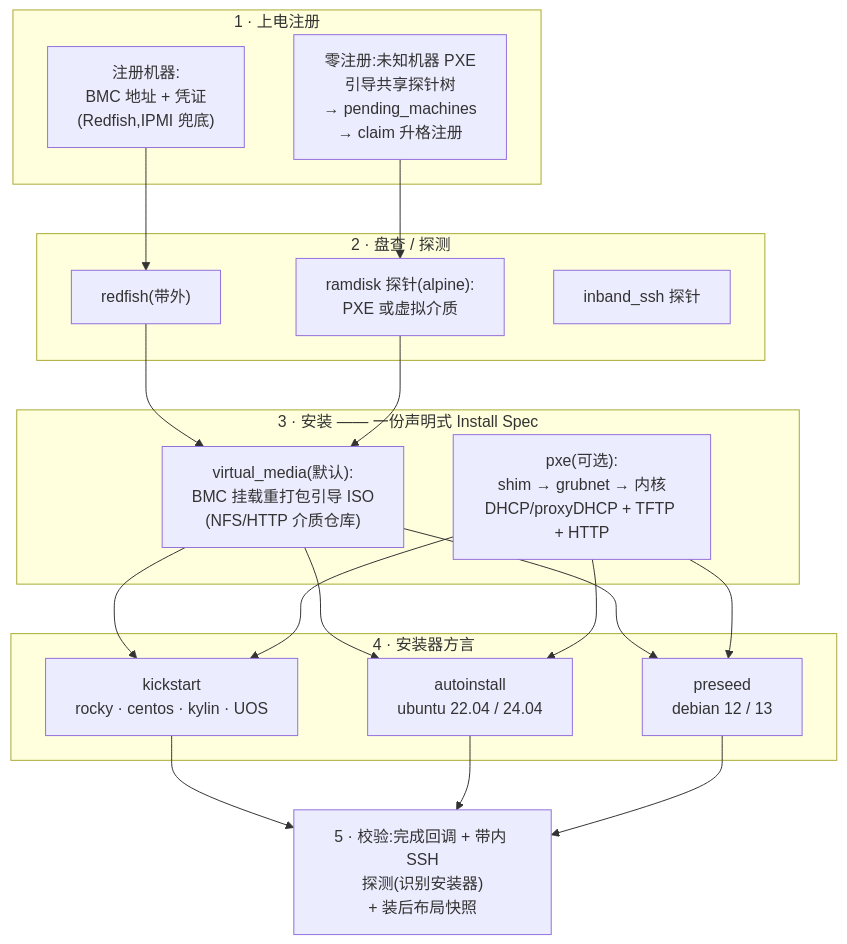
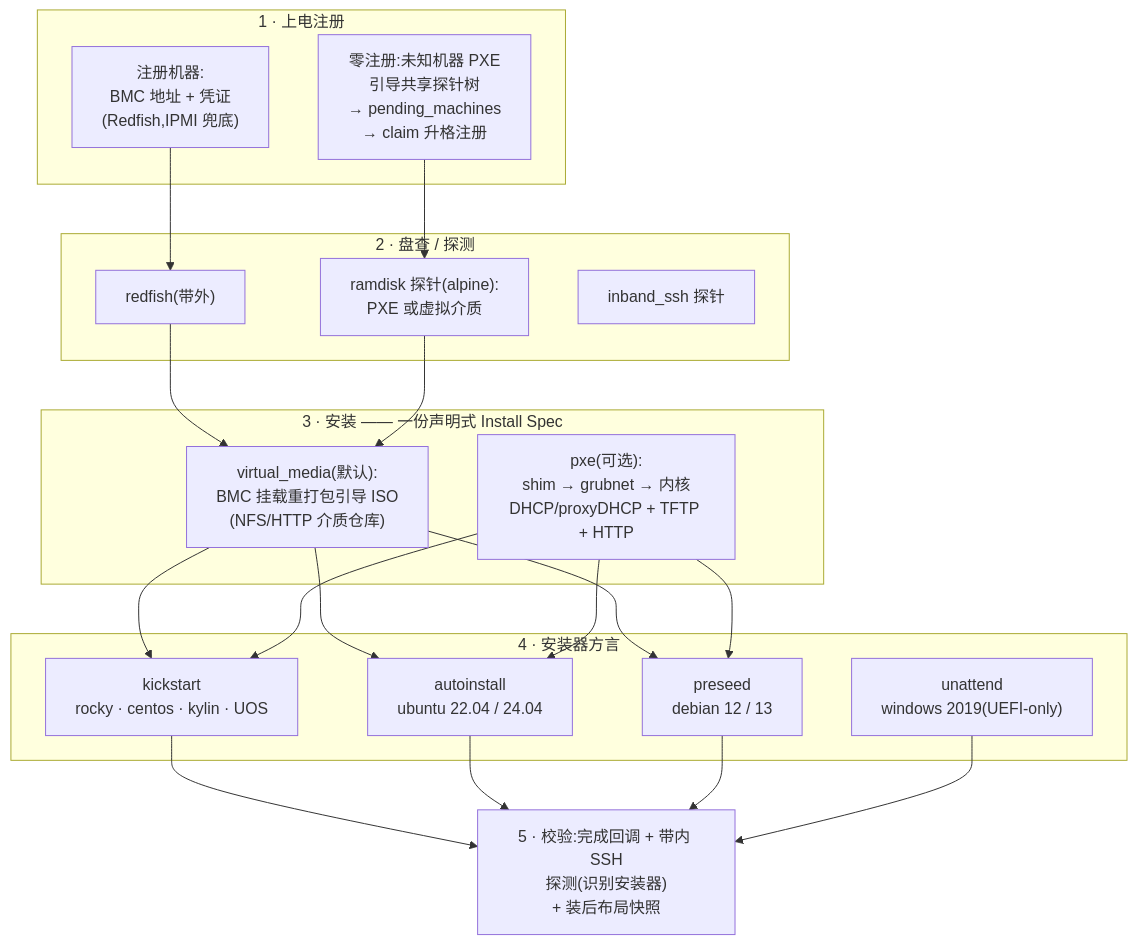
The first of 2 diagrams in README.zh-CN.md (3th1nk/mammoth), drawn with Mermaid before and after one commit. The commit also changed other lines of this file and 2 other files, not shown here.

First line of the commit message:
docs: README 双语与 06-install-pipeline 的发行版描述更新至 windows2019 v1

````diff
--- a/README.zh-CN.md
+++ b/README.zh-CN.md
@@ -41,35 +41,37 @@
 ```mermaid
 flowchart TD
     subgraph ON["1 · 上电注册"]
         reg["注册机器:<br/>BMC 地址 + 凭证<br/>(Redfish,IPMI 兜底)"]
         zr["零注册:未知机器 PXE<br/>引导共享探针树<br/>→ pending_machines<br/>→ claim 升格注册"]
     end
     subgraph INV["2 · 盘查 / 探测"]
         rf["redfish(带外)"]
         ram["ramdisk 探针(alpine):<br/>PXE 或虚拟介质"]
         ish["inband_ssh 探针"]
     end
     subgraph INS["3 · 安装 —— 一份声明式 Install Spec"]
         vm["virtual_media(默认):<br/>BMC 挂载重打包引导 ISO<br/>(NFS/HTTP 介质仓库)"]
         pxe["pxe(可选):<br/>shim → grubnet → 内核<br/>DHCP/proxyDHCP + TFTP + HTTP"]
     end
     subgraph DIA["4 · 安装器方言"]
         ks["kickstart<br/>rocky · centos · kylin · UOS"]
         ai["autoinstall<br/>ubuntu 22.04 / 24.04"]
         ps["preseed<br/>debian 12 / 13"]
+        wu["unattend<br/>windows 2019(UEFI-only)"]
     end
     ver["5 · 校验:完成回调 + 带内 SSH<br/>探测(识别安装器)<br/>+ 装后布局快照"]
     reg --> rf
     zr --> ram
     rf --> vm
     ram --> vm
     vm --> ks
     vm --> ai
     vm --> ps
     pxe --> ks
     pxe --> ai
     pxe --> ps
     ks --> ver
     ai --> ver
     ps --> ver
+    wu --> ver
 ```
````
